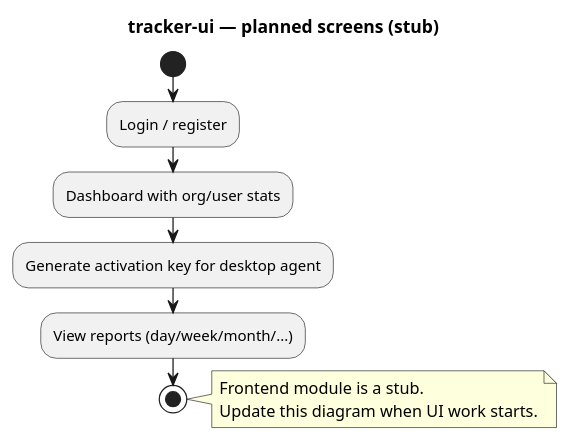
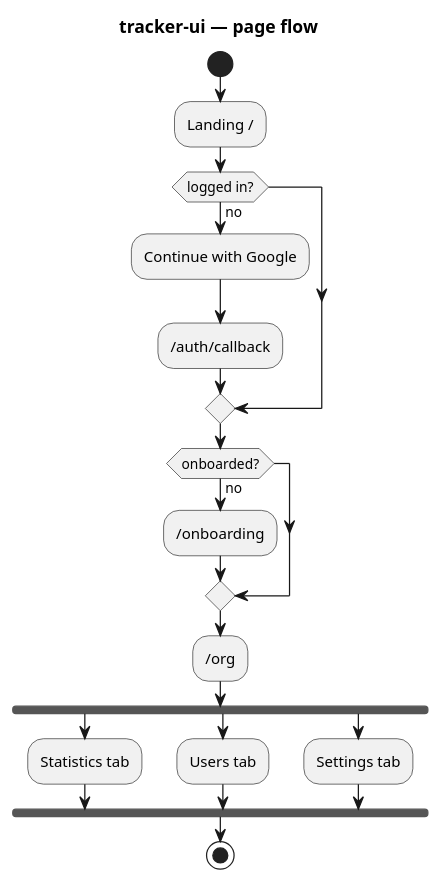
Before and after one commit to neiloyv/workpulsetracker: the diagram in tracker-ui/docs/puml/planned-screens.puml, drawn with PlantUML. The commit also changed 60 other files, not shown here.

```diff
--- a/tracker-ui/docs/puml/planned-screens.puml
+++ b/tracker-ui/docs/puml/planned-screens.puml
@@ -1,16 +1,23 @@
-@startuml tracker-ui-future
-title tracker-ui — planned screens (stub)
+@startuml tracker-ui-pages
+title tracker-ui — page flow
 
 start
-:Login / register;
-:Dashboard with org/user stats;
-:Generate activation key for desktop agent;
-:View reports (day/week/month/...);
+:Landing /;
+if (logged in?) then (no)
+  :Continue with Google;
+  :/auth/callback;
+endif
+if (onboarded?) then (no)
+  :/onboarding;
+endif
+:/org;
+fork
+  :Statistics tab;
+fork again
+  :Users tab;
+fork again
+  :Settings tab;
+end fork
 stop
 
-note right
-  Frontend module is a stub.
-  Update this diagram when UI work starts.
-end note
-
 @enduml
```
